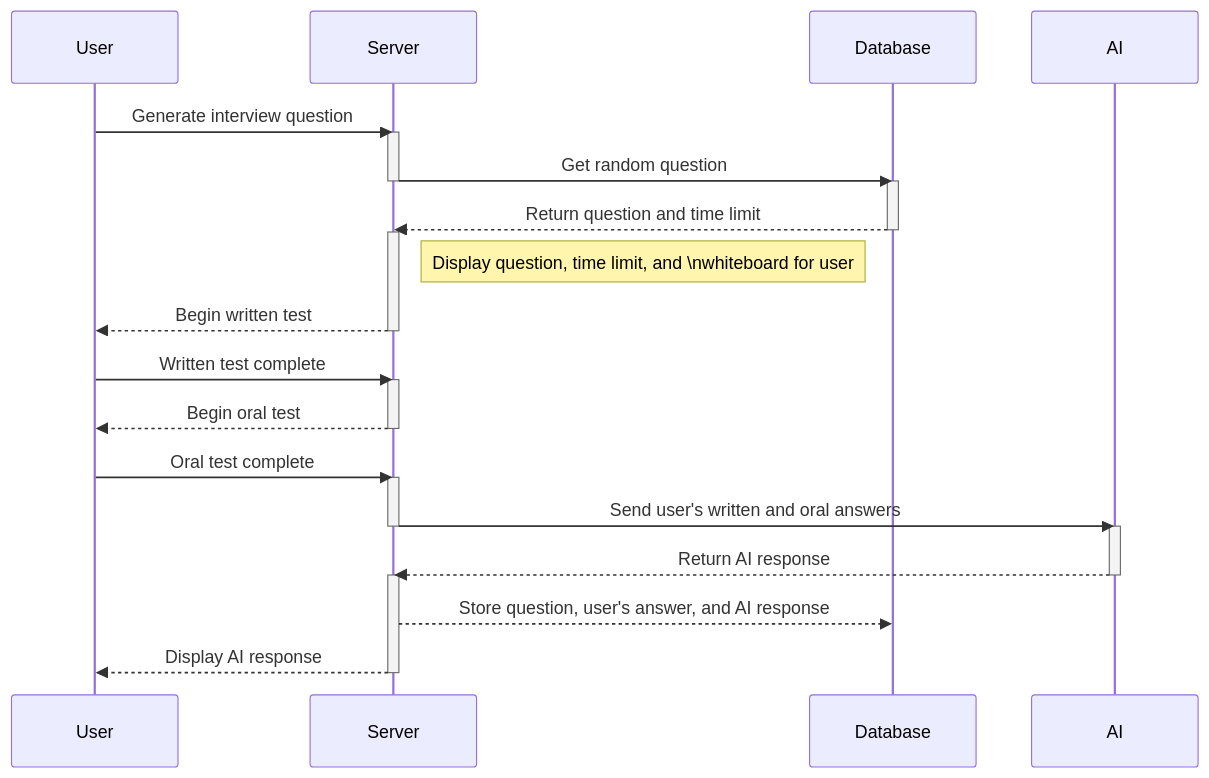
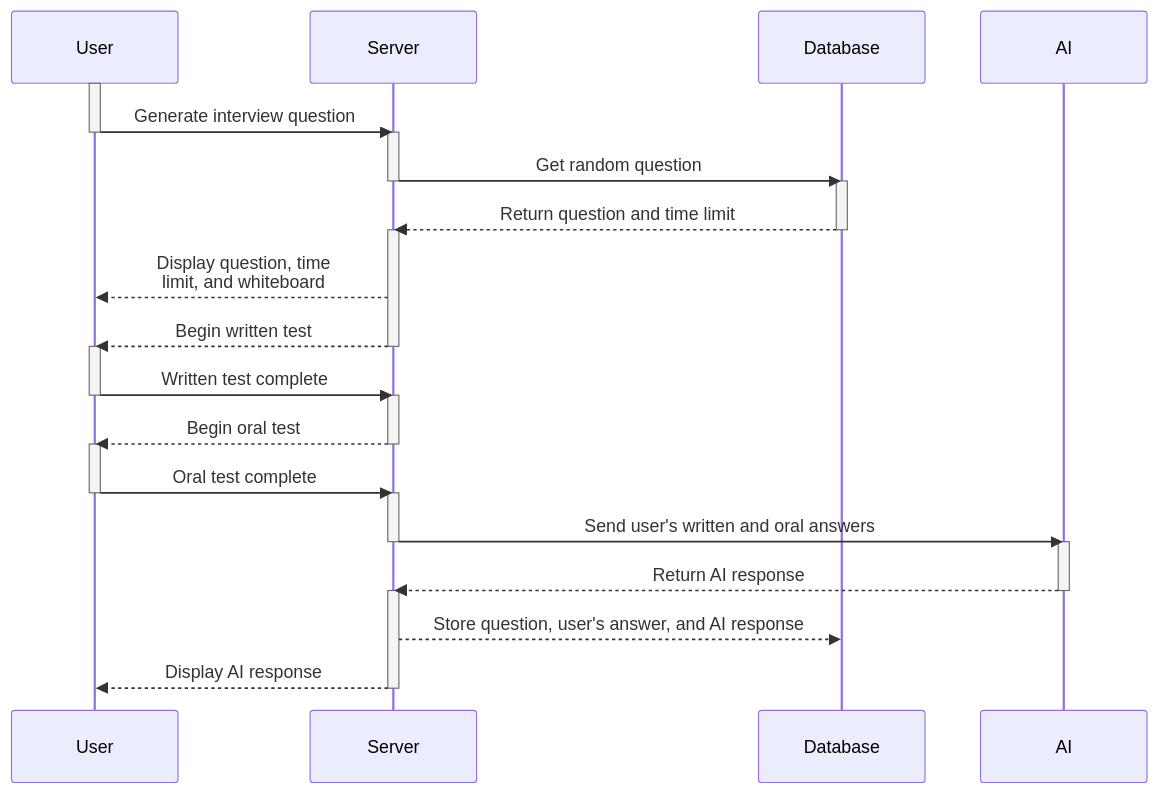
One commit to capstone-projects-2024-fall/project-whiteboardflow changed the first of 8 diagrams in documentation/docs/system-architecture/Sequence Diagrams.md. Above: the diagram before and after it, drawn with Mermaid. The commit also changed other lines of this file, not shown here.

First line of the commit message:
Revise sequence diagrams

````diff
--- a/documentation/docs/system-architecture/Sequence Diagrams.md
+++ b/documentation/docs/system-architecture/Sequence Diagrams.md
@@ -9,46 +9,52 @@
 ```mermaid
 
 sequenceDiagram
 
 participant User
 participant Server
 participant Database
 participant AI
 
-User->>Server:Generate interview question
+activate User
+User ->> Server: Generate interview question
+deactivate User
 
 activate Server
-Server->>Database:Get random question
+Server ->> Database: Get random question
 deactivate Server
 
 activate Database
-Database-->>Server:Return question and time limit
+Database -->> Server: Return question and time limit
 deactivate Database
 
 activate Server
-note right of Server:Display question, time limit, and \nwhiteboard for user
-Server-->>User:Begin written test
+Server -->> User: Display question, time <br/>limit, and whiteboard
+Server -->> User: Begin written test
 deactivate Server
 
-User->>Server:Written test complete
+activate User
+User ->> Server: Written test complete
+deactivate User
 
 activate Server
-Server-->>User:Begin oral test
+Server -->> User: Begin oral test
 deactivate Server
 
-User->>Server:Oral test complete
+activate User
+User ->> Server: Oral test complete
+deactivate User
 
 activate Server
-Server->>AI:Send user's written and oral answers
+Server ->> AI: Send user's written and oral answers
 deactivate Server
 
 activate AI
-AI-->>Server:Return AI response
+AI -->> Server: Return AI response
 deactivate AI
 
 activate Server
-Server-->>Database:Store question, user's answer, and AI response
-Server-->>User:Display AI response
+Server -->> Database: Store question, user's answer, and AI response
+Server -->> User: Display AI response
 deactivate Server
 
 ```
````
